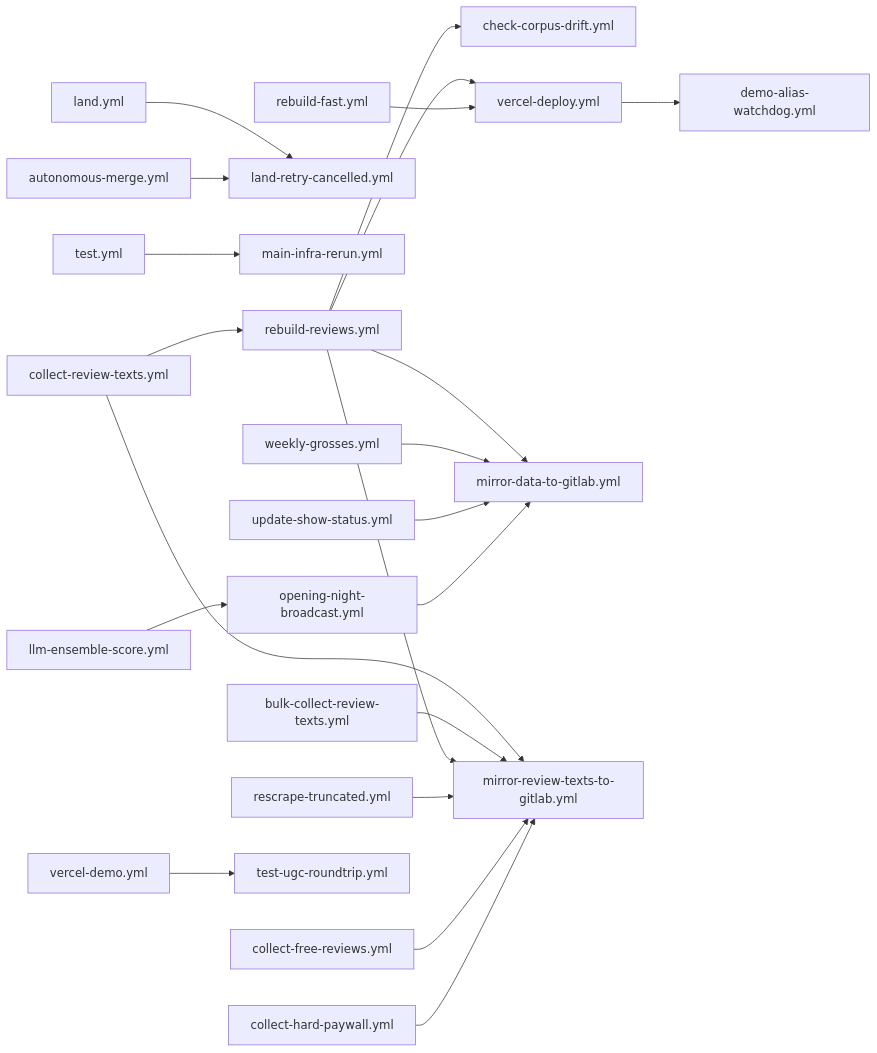
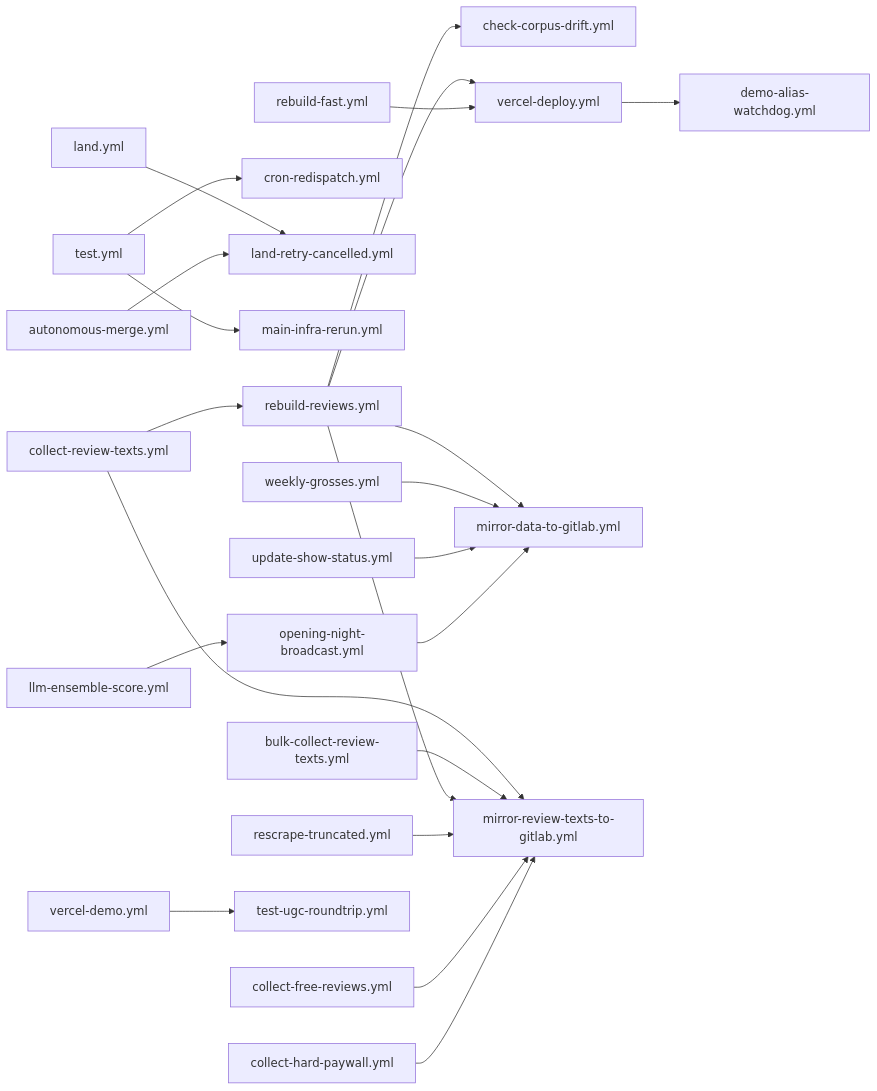
One commit to thomaspryor/Broadwayscore changed the diagram in .github/workflows/DEPENDENCIES.md. Above: the diagram before and after it, drawn with Mermaid. The commit also changed other lines of this file and 1 other file, not shown here.

````diff
--- a/.github/workflows/DEPENDENCIES.md
+++ b/.github/workflows/DEPENDENCIES.md
@@ -21,23 +21,24 @@
 ```mermaid
 graph LR
   rebuild_reviews["rebuild-reviews.yml"] --> check_corpus_drift["check-corpus-drift.yml"]
+  test["test.yml"] --> cron_redispatch["cron-redispatch.yml"]
   vercel_deploy["vercel-deploy.yml"] --> demo_alias_watchdog["demo-alias-watchdog.yml"]
   land["land.yml"] --> land_retry_cancelled["land-retry-cancelled.yml"]
   autonomous_merge["autonomous-merge.yml"] --> land_retry_cancelled["land-retry-cancelled.yml"]
   test["test.yml"] --> main_infra_rerun["main-infra-rerun.yml"]
   rebuild_reviews["rebuild-reviews.yml"] --> mirror_data_to_gitlab["mirror-data-to-gitlab.yml"]
   weekly_grosses["weekly-grosses.yml"] --> mirror_data_to_gitlab["mirror-data-to-gitlab.yml"]
   update_show_status["update-show-status.yml"] --> mirror_data_to_gitlab["mirror-data-to-gitlab.yml"]
   opening_night_broadcast["opening-night-broadcast.yml"] --> mirror_data_to_gitlab["mirror-data-to-gitlab.yml"]
   collect_review_texts["collect-review-texts.yml"] --> mirror_review_texts_to_gitlab["mirror-review-texts-to-gitlab.yml"]
   bulk_collect_review_texts["bulk-collect-review-texts.yml"] --> mirror_review_texts_to_gitlab["mirror-review-texts-to-gitlab.yml"]
   rebuild_reviews["rebuild-reviews.yml"] --> mirror_review_texts_to_gitlab["mirror-review-texts-to-gitlab.yml"]
   rescrape_truncated["rescrape-truncated.yml"] --> mirror_review_texts_to_gitlab["mirror-review-texts-to-gitlab.yml"]
   collect_free_reviews["collect-free-reviews.yml"] --> mirror_review_texts_to_gitlab["mirror-review-texts-to-gitlab.yml"]
   collect_hard_paywall["collect-hard-paywall.yml"] --> mirror_review_texts_to_gitlab["mirror-review-texts-to-gitlab.yml"]
   llm_ensemble_score["llm-ensemble-score.yml"] --> opening_night_broadcast["opening-night-broadcast.yml"]
   collect_review_texts["collect-review-texts.yml"] --> rebuild_reviews["rebuild-reviews.yml"]
   vercel_demo["vercel-demo.yml"] --> test_ugc_roundtrip["test-ugc-roundtrip.yml"]
   rebuild_reviews["rebuild-reviews.yml"] --> vercel_deploy["vercel-deploy.yml"]
   rebuild_fast["rebuild-fast.yml"] --> vercel_deploy["vercel-deploy.yml"]
 ```
````
